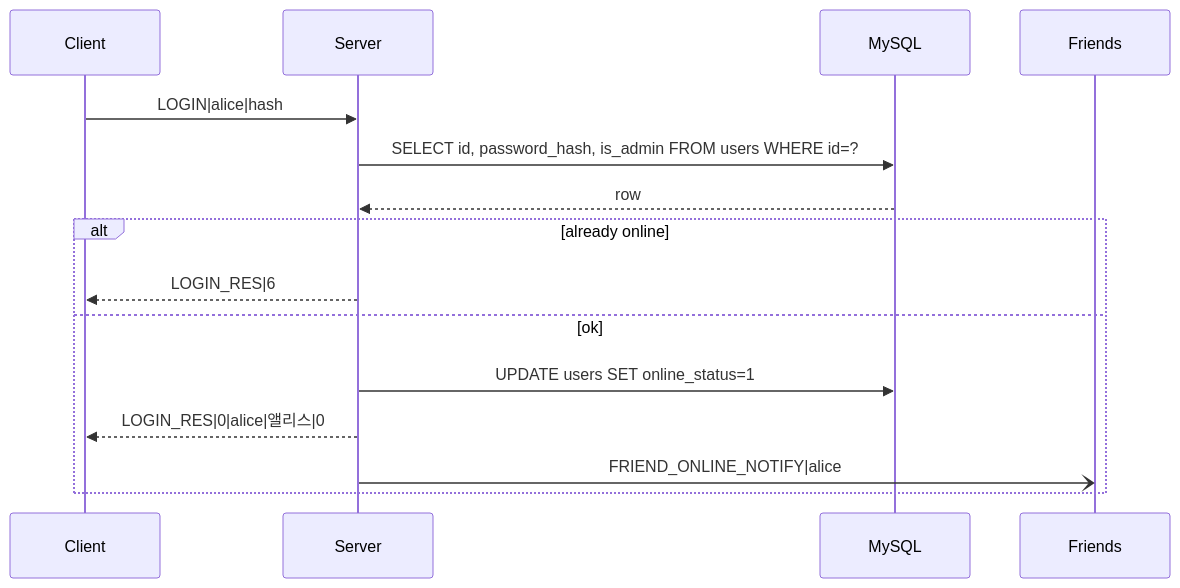
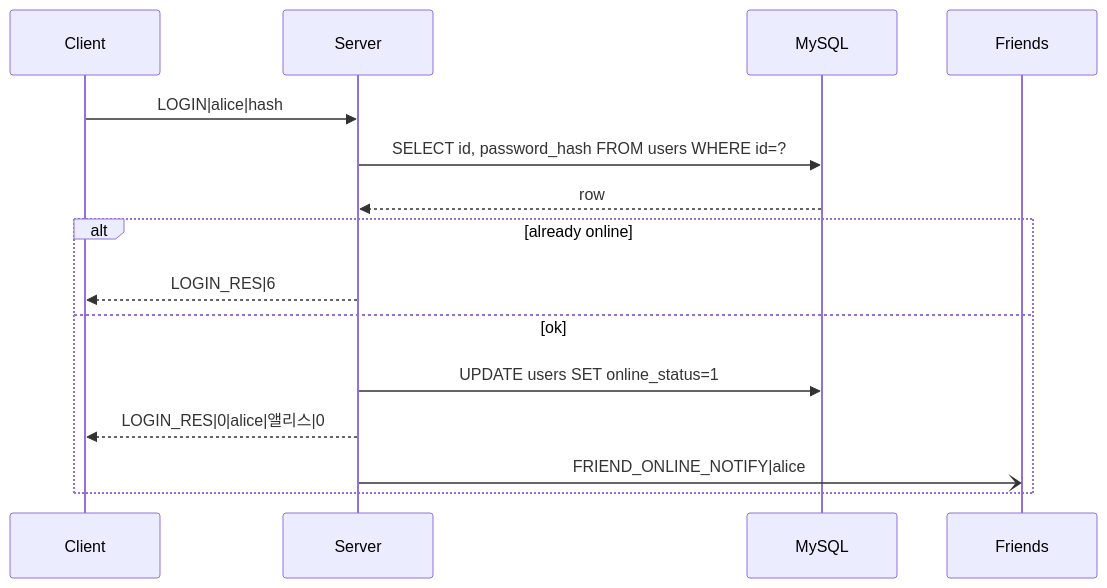
One commit to gu2417/test changed the first of 5 diagrams in docs/08_api/sequence_diagrams.md. Above: the diagram before and after it, drawn with Mermaid. The commit also changed other lines of this file and 37 other files, not shown here.

````diff
--- a/docs/08_api/sequence_diagrams.md
+++ b/docs/08_api/sequence_diagrams.md
@@ -5,16 +5,16 @@
 ```mermaid
 sequenceDiagram
     participant C as Client
     participant S as Server
     participant D as MySQL
     C->>S: LOGIN|alice|hash
-    S->>D: SELECT id, password_hash, is_admin FROM users WHERE id=?
+    S->>D: SELECT id, password_hash FROM users WHERE id=?
     D-->>S: row
     alt already online
         S-->>C: LOGIN_RES|6
     else ok
         S->>D: UPDATE users SET online_status=1
         S-->>C: LOGIN_RES|0|alice|앨리스|0
         S-)Friends: FRIEND_ONLINE_NOTIFY|alice
     end
 ```
````
